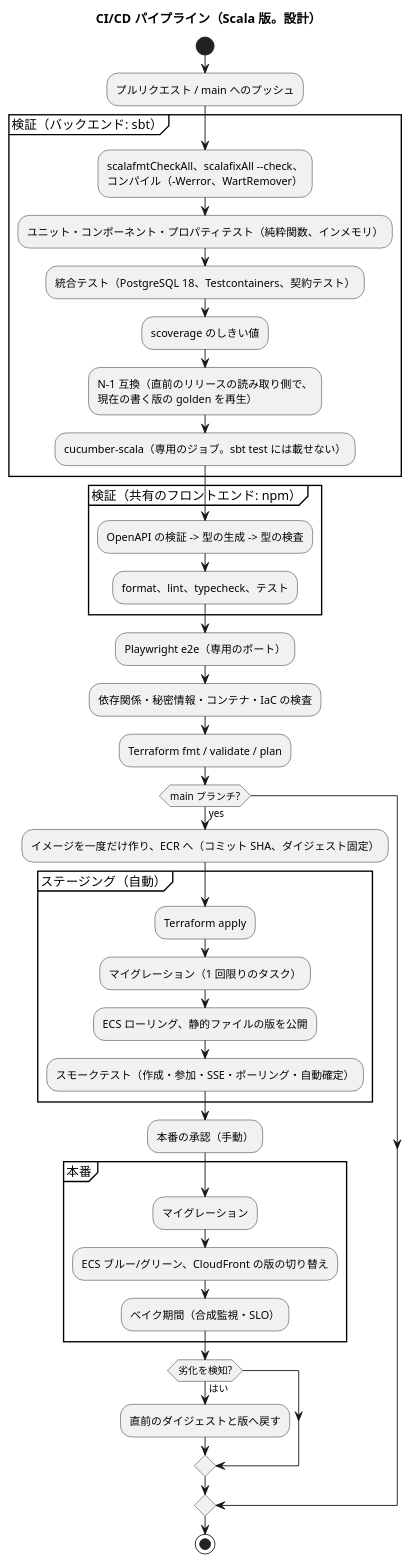
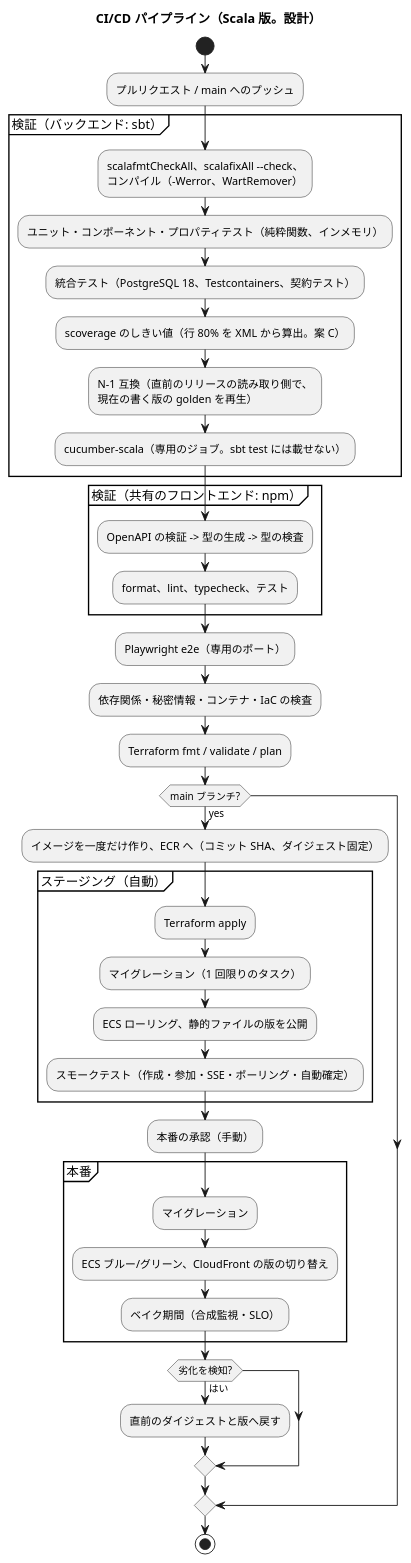
The second of 2 diagrams in docs/design/beer-game-scala/architecture-infrastructure.md (k2works/case-study-beer-game-simulation), drawn with PlantUML before and after one commit. The commit also changed other lines of this file and 14 other files, not shown here.

````diff
--- a/docs/design/beer-game-scala/architecture-infrastructure.md
+++ b/docs/design/beer-game-scala/architecture-infrastructure.md
@@ -266,42 +267,42 @@
 ```plantuml
 @startuml
 title CI/CD パイプライン（Scala 版。設計）
 
 start
 :プルリクエスト / main へのプッシュ;
 partition "検証（バックエンド: sbt）" {
   :scalafmtCheckAll、scalafixAll --check、\nコンパイル（-Werror、WartRemover）;
   :ユニット・コンポーネント・プロパティテスト（純粋関数、インメモリ）;
   :統合テスト（PostgreSQL 18、Testcontainers、契約テスト）;
-  :scoverage のしきい値;
+  :scoverage のしきい値（行 80% を XML から算出。案 C）;
   :N-1 互換（直前のリリースの読み取り側で、\n現在の書く版の golden を再生）;
   :cucumber-scala（専用のジョブ。sbt test には載せない）;
 }
 partition "検証（共有のフロントエンド: npm）" {
   :OpenAPI の検証 -> 型の生成 -> 型の検査;
   :format、lint、typecheck、テスト;
 }
 :Playwright e2e（専用のポート）;
 :依存関係・秘密情報・コンテナ・IaC の検査;
 :Terraform fmt / validate / plan;
 if (main ブランチ?) then (yes)
   :イメージを一度だけ作り、ECR へ（コミット SHA、ダイジェスト固定）;
   partition "ステージング（自動）" {
     :Terraform apply;
     :マイグレーション（1 回限りのタスク）;
     :ECS ローリング、静的ファイルの版を公開;
     :スモークテスト（作成・参加・SSE・ポーリング・自動確定）;
   }
   :本番の承認（手動）;
   partition "本番" {
     :マイグレーション;
     :ECS ブルー/グリーン、CloudFront の版の切り替え;
     :ベイク期間（合成監視・SLO）;
   }
   if (劣化を検知?) then (はい)
     :直前のダイジェストと版へ戻す;
   endif
 endif
 stop
 @enduml
 ```
````
